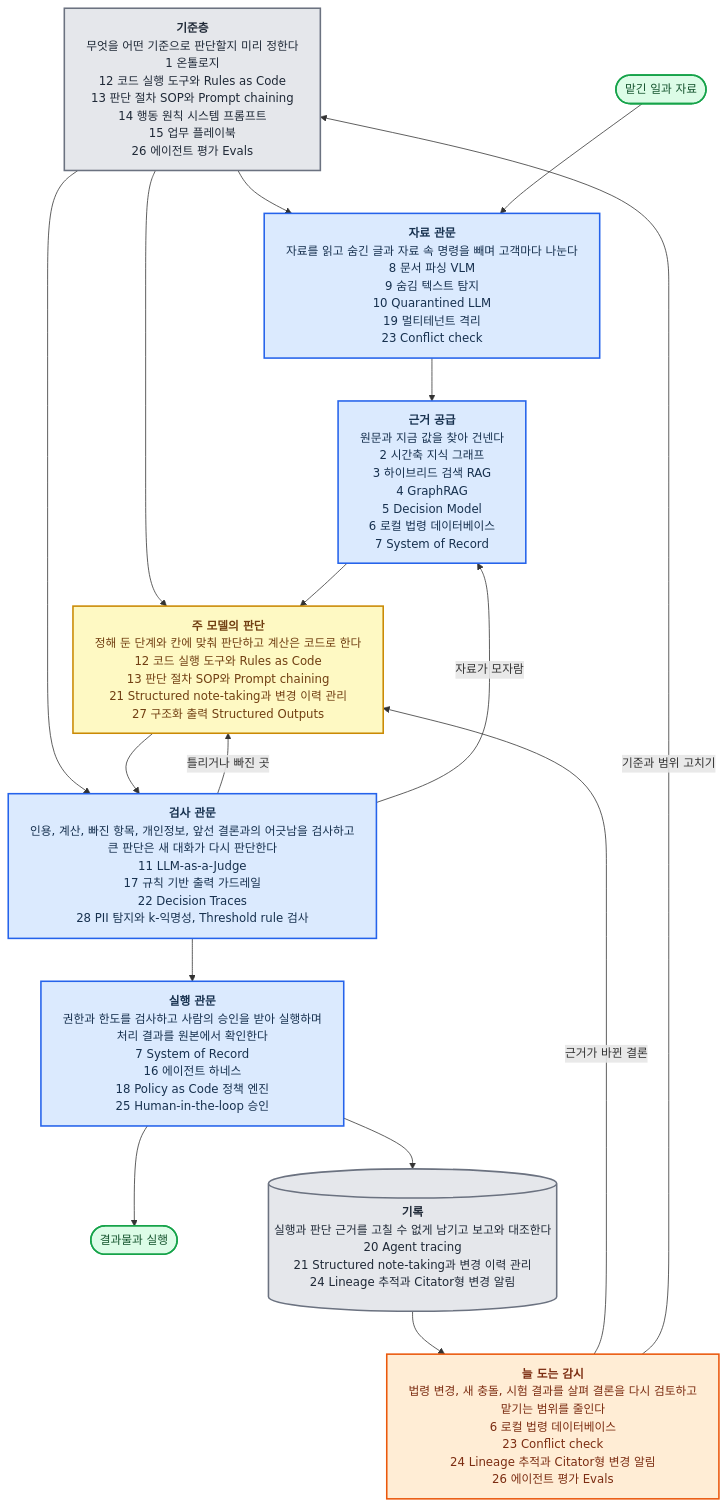
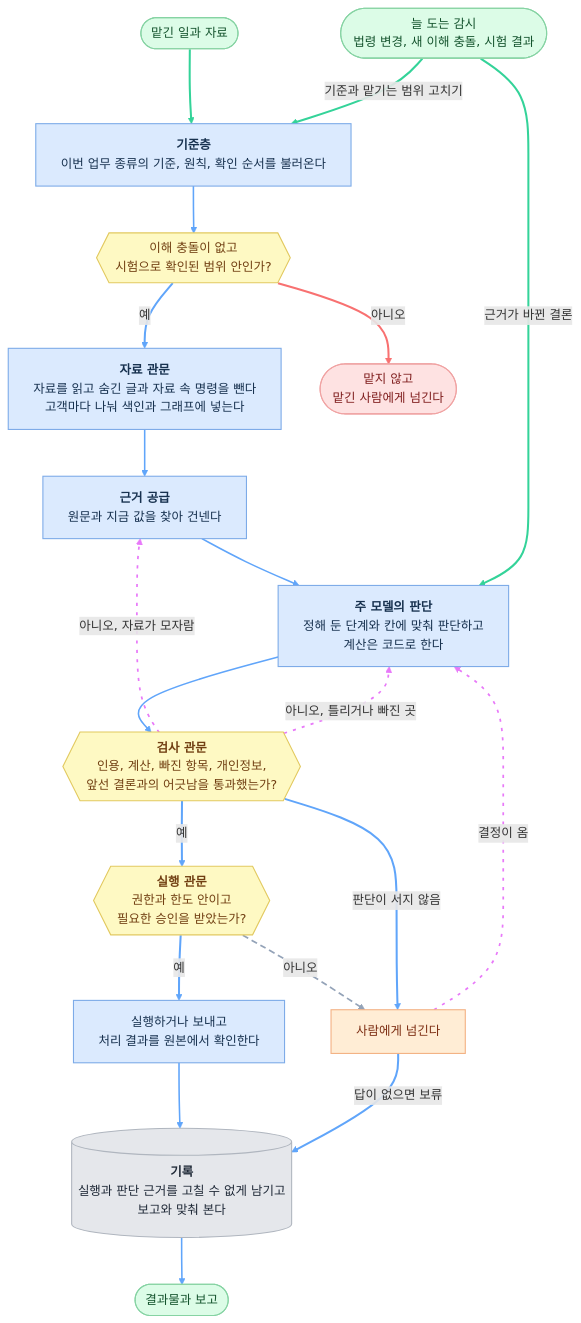
The diagram in 전문 판단의 신뢰성.md (harisbaguette/expert), drawn with Mermaid before and after one commit. The commit also changed other lines of this file, not shown here.

Commit message:
전문 판단의 신뢰성 — 판단 시스템 그림을 정의 1 순서도 규칙으로 다시 그림
- 층 상자 안의 해결책 목록을 빼고, 갈림길은 육각형 판단 상자와 예·아니오 선으로, 되돌아가는 선은 자홍 점선으로, 멈춤은 빨간 상자로 나눔
- 해결책 이름은 그림 아래 층마다 쓰는 해결책 표로 옮김

````diff
--- a/전문 판단의 신뢰성.md
+++ b/전문 판단의 신뢰성.md
@@ -276,30 +276,51 @@
 ```mermaid
-%%{init: {"flowchart": {"wrappingWidth": 640, "curve": "basis", "nodeSpacing": 45, "rankSpacing": 55, "padding": 14, "useMaxWidth": true}, "themeVariables": {"fontSize": "15px"}} }%%
+%%{init: {"flowchart": {"wrappingWidth": 640, "curve": "basis", "nodeSpacing": 50, "rankSpacing": 60, "padding": 16, "useMaxWidth": true}, "themeCSS": ".marker{overflow:visible !important} .arrowMarkerPath{stroke-width:5px !important;stroke-linejoin:round !important;stroke-linecap:round !important;transform:translateX(-6px)}", "themeVariables": {"fontSize": "16px"}} }%%
 flowchart TB
-    STD["<b>기준층</b><br/>무엇을 어떤 기준으로 판단할지 미리 정한다<br/>1 온톨로지<br/>12 코드 실행 도구와 Rules as Code<br/>13 판단 절차 SOP와 Prompt chaining<br/>14 행동 원칙 시스템 프롬프트<br/>15 업무 플레이북<br/>26 에이전트 평가 Evals"]:::store
-    IN(["맡긴 일과 자료"]):::good
-    DOOR["<b>자료 관문</b><br/>자료를 읽고 숨긴 글과 자료 속 명령을 빼며 고객마다 나눈다<br/>8 문서 파싱 VLM<br/>9 숨김 텍스트 탐지<br/>10 Quarantined LLM<br/>19 멀티테넌트 격리<br/>23 Conflict check"]:::main
-    SRC["<b>근거 공급</b><br/>원문과 지금 값을 찾아 건넨다<br/>2 시간축 지식 그래프<br/>3 하이브리드 검색 RAG<br/>4 GraphRAG<br/>5 Decision Model<br/>6 로컬 법령 데이터베이스<br/>7 System of Record"]:::main
-    AI["<b>주 모델의 판단</b><br/>정해 둔 단계와 칸에 맞춰 판단하고 계산은 코드로 한다<br/>12 코드 실행 도구와 Rules as Code<br/>13 판단 절차 SOP와 Prompt chaining<br/>21 Structured note-taking과 변경 이력 관리<br/>27 구조화 출력 Structured Outputs"]:::note
-    CHECK["<b>검사 관문</b><br/>인용, 계산, 빠진 항목, 개인정보, 앞선 결론과의 어긋남을 검사하고<br/>큰 판단은 새 대화가 다시 판단한다<br/>11 LLM-as-a-Judge<br/>17 규칙 기반 출력 가드레일<br/>22 Decision Traces<br/>28 PII 탐지와 k-익명성, Threshold rule 검사"]:::main
-    ACT["<b>실행 관문</b><br/>권한과 한도를 검사하고 사람의 승인을 받아 실행하며<br/>처리 결과를 원본에서 확인한다<br/>7 System of Record<br/>16 에이전트 하네스<br/>18 Policy as Code 정책 엔진<br/>25 Human-in-the-loop 승인"]:::main
-    OUT(["결과물과 실행"]):::good
-    LOG[("<b>기록</b><br/>실행과 판단 근거를 고칠 수 없게 남기고 보고와 대조한다<br/>20 Agent tracing<br/>21 Structured note-taking과 변경 이력 관리<br/>24 Lineage 추적과 Citator형 변경 알림")]:::store
-    WATCH["<b>늘 도는 감시</b><br/>법령 변경, 새 충돌, 시험 결과를 살펴 결론을 다시 검토하고<br/>맡기는 범위를 줄인다<br/>6 로컬 법령 데이터베이스<br/>23 Conflict check<br/>24 Lineage 추적과 Citator형 변경 알림<br/>26 에이전트 평가 Evals"]:::back
-    STD --> DOOR
-    STD --> AI
-    STD --> CHECK
-    IN --> DOOR --> SRC --> AI --> CHECK --> ACT --> OUT
-    CHECK -- "틀리거나 빠진 곳" --> AI
-    CHECK -- "자료가 모자람" --> SRC
-    ACT --> LOG
-    LOG --> WATCH
-    WATCH -- "근거가 바뀐 결론" --> AI
-    WATCH -- "기준과 범위 고치기" --> STD
-    classDef main fill:#dbeafe,stroke:#2563eb,stroke-width:2px,color:#17314f
-    classDef stop fill:#fee2e2,stroke:#dc2626,stroke-width:2px,color:#7f1d1d
-    classDef back fill:#ffedd5,stroke:#ea580c,stroke-width:2px,color:#7c2d12
-    classDef store fill:#e5e7eb,stroke:#6b7280,stroke-width:2px,color:#1f2937
-    classDef good fill:#dcfce7,stroke:#16a34a,stroke-width:2px,color:#14532d
-    classDef note fill:#fef9c3,stroke:#ca8a04,stroke-width:2px,color:#713f12
+    accTitle: 해결책을 묶은 판단 시스템
+    accDescr: 맡긴 일이 기준층, 자료 관문, 근거 공급, 주 모델의 판단, 검사 관문, 실행 관문, 기록을 거쳐 결과물이 되고, 걸리면 앞 단계나 사람에게 돌아가는 순서도.
+    START(["맡긴 일과 자료"]):::good
+    SIGNAL(["늘 도는 감시<br/>법령 변경, 새 이해 충돌, 시험 결과"]):::good
+    DOOR["<b>자료 관문</b><br/>자료를 읽고 숨긴 글과 자료 속 명령을 뺀다<br/>고객마다 나눠 색인과 그래프에 넣는다"]:::main
+    LOG[("<b>기록</b><br/>실행과 판단 근거를 고칠 수 없게 남기고<br/>보고와 맞춰 본다")]:::store
+    HUMAN["사람에게 넘긴다"]:::back
+    CHECK{{"<b>검사 관문</b><br/>인용, 계산, 빠진 항목, 개인정보,<br/>앞선 결론과의 어긋남을 통과했는가?"}}:::note
+    SRC["<b>근거 공급</b><br/>원문과 지금 값을 찾아 건넨다"]:::main
+    OUT(["결과물과 보고"]):::good
+    SCOPE{{"이해 충돌이 없고<br/>시험으로 확인된 범위 안인가?"}}:::note
+    STD["<b>기준층</b><br/>이번 업무 종류의 기준, 원칙, 확인 순서를 불러온다"]:::main
+    EXEC["실행하거나 보내고<br/>처리 결과를 원본에서 확인한다"]:::main
+    AI["<b>주 모델의 판단</b><br/>정해 둔 단계와 칸에 맞춰 판단하고<br/>계산은 코드로 한다"]:::main
+    ACT{{"<b>실행 관문</b><br/>권한과 한도 안이고<br/>필요한 승인을 받았는가?"}}:::note
+    OUTSCOPE(["맡지 않고<br/>맡긴 사람에게 넘긴다"]):::stop
+    LOG --> OUT
+    EXEC --> LOG
+    ACT -->|아니오| HUMAN
+    CHECK -->|아니오, 자료가 모자람| SRC
+    CHECK -->|예| ACT
+    CHECK -->|판단이 서지 않음| HUMAN
+    SCOPE -->|예| DOOR
+    START --> STD
+    ACT -->|예| EXEC
+    SRC --> AI
+    CHECK -->|아니오, 틀리거나 빠진 곳| AI
+    DOOR --> SRC
+    STD --> SCOPE
+    HUMAN -->|결정이 옴| AI
+    HUMAN -->|답이 없으면 보류| LOG
+    SIGNAL -->|기준과 맡기는 범위 고치기| STD
+    SIGNAL -->|근거가 바뀐 결론| AI
+    SCOPE -->|아니오| OUTSCOPE
+    AI --> CHECK
+    classDef main fill:#dbeafe,stroke:#7dabe8,stroke-width:1.4px,color:#17314f
+    classDef stop fill:#fee2e2,stroke:#f0a3a3,stroke-width:1.4px,color:#7f1d1d
+    classDef back fill:#ffedd5,stroke:#f3b183,stroke-width:1.4px,color:#7c2d12
+    classDef store fill:#e5e7eb,stroke:#b0b6bf,stroke-width:1.4px,color:#1f2937
+    classDef good fill:#dcfce7,stroke:#86d3a3,stroke-width:1.4px,color:#14532d
+    classDef note fill:#fef9c3,stroke:#e2c95f,stroke-width:1.4px,color:#713f12
+    linkStyle 7,15,16 stroke:#34d399,stroke-width:2.6px
+    linkStyle 4,5,6,8,14 stroke:#60a5fa,stroke-width:2.6px
+    linkStyle 0,1,9,11,12,18 stroke:#60a5fa,stroke-width:2.0px
+    linkStyle 2 stroke:#94a3b8,stroke-width:2.2px,stroke-dasharray:8 5
+    linkStyle 3,10,13 stroke:#e879f9,stroke-width:2.2px,stroke-dasharray:4 8
+    linkStyle 17 stroke:#f87171,stroke-width:2.6px
 ```
````
